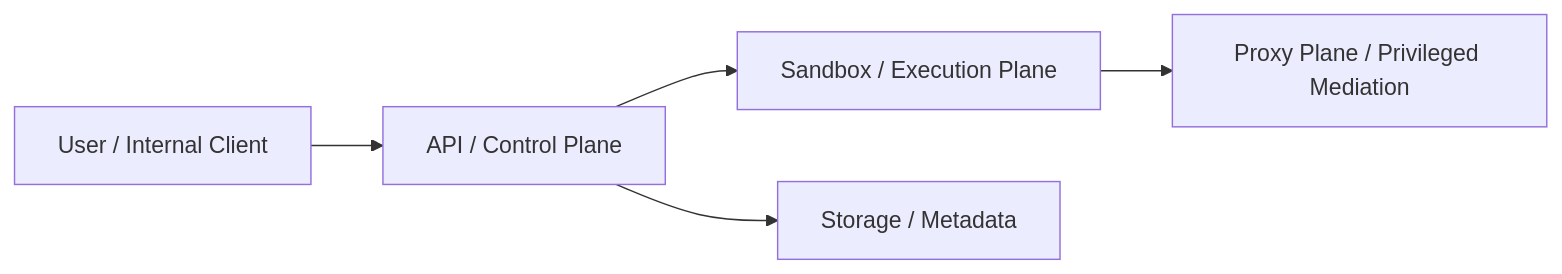
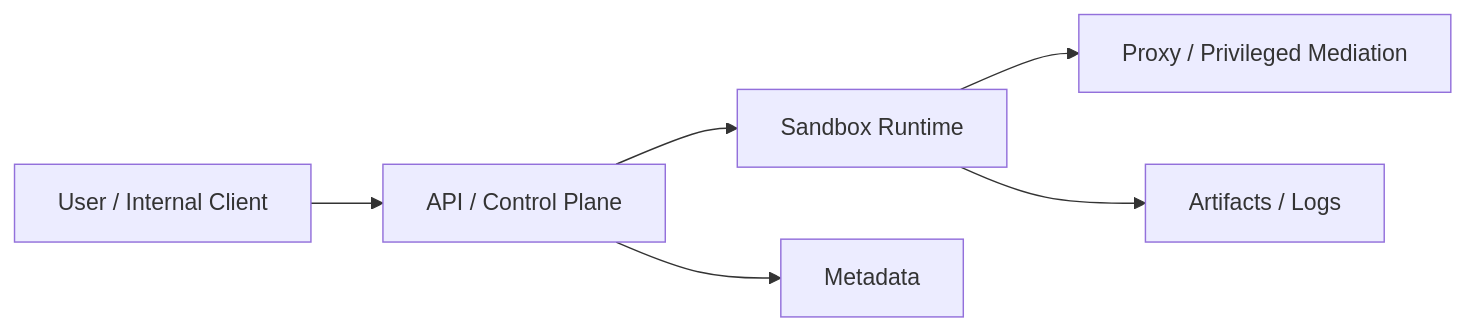
The diagram in README.md (wontaeJeong/agentsty), drawn with Mermaid before and after one commit. The commit also changed other lines of this file and 1 other file, not shown here.

Commit message:
service diagram

````diff
--- a/README.md
+++ b/README.md
@@ -13,7 +13,8 @@
 ```mermaid
 flowchart LR
     user[User / Internal Client] --> api[API / Control Plane]
-    api --> sandbox[Sandbox / Execution Plane]
-    sandbox --> proxy[Proxy Plane / Privileged Mediation]
-    api --> storage[Storage / Metadata]
+    api --> sandbox[Sandbox Runtime]
+    sandbox --> proxy[Proxy / Privileged Mediation]
+    api --> metadata[Metadata]
+    sandbox --> artifacts[Artifacts / Logs]
 ```
````
